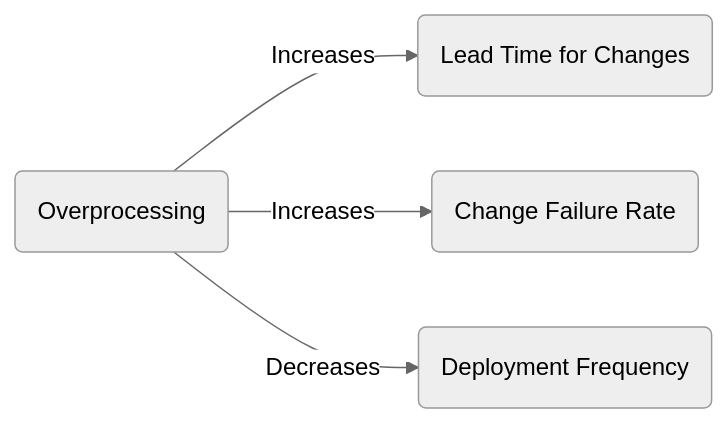
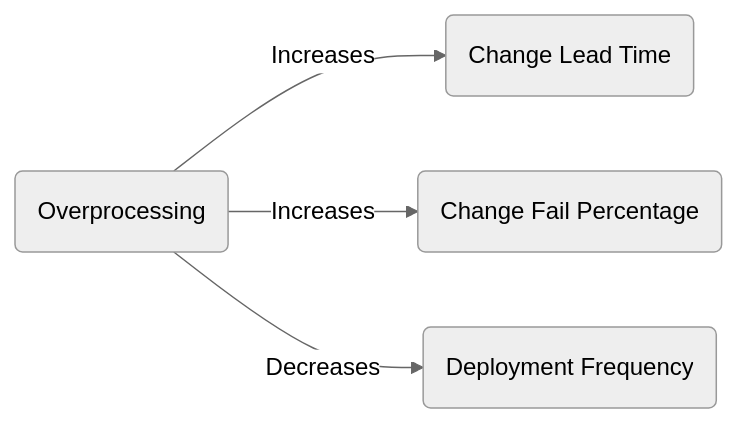
The sixth of 10 diagrams in docs/blog/posts/modern-software-delivery.md (matthew-shaw/matthew-shaw.github.io), drawn with Mermaid (neutral theme) before and after one commit. The commit also changed other lines of this file, not shown here.

````diff
--- a/docs/blog/posts/modern-software-delivery.md
+++ b/docs/blog/posts/modern-software-delivery.md
@@ -173,7 +173,7 @@
 ```mermaid
 flowchart LR
     overprocessing(Overprocessing) -- Increases -->
-    LTC(Lead Time for Changes)
-    overprocessing -- Increases --> CFR(Change Failure Rate)
+    LTC(Change Lead Time)
+    overprocessing -- Increases --> CFR(Change Fail Percentage)
     overprocessing -- Decreases --> DF(Deployment Frequency)
 ```
````
